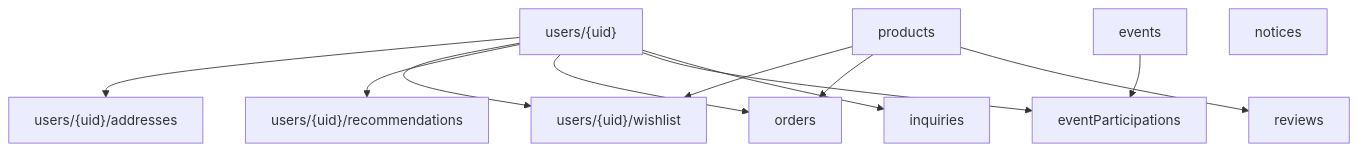
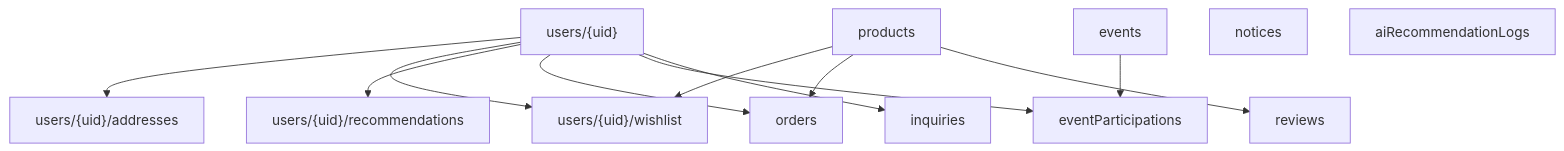
One commit to jiwoo1012/TeamProject2 changed the fourth of 6 diagrams in README.md. Above: the diagram before and after it, drawn with Mermaid. The commit also changed other lines of this file and 1 other file, not shown here.

````diff
--- a/README.md
+++ b/README.md
@@ -279,30 +283,31 @@
 ```mermaid
 flowchart TB
     U["users/{uid}"]
     ADDR["users/{uid}/addresses"]
     WISH["users/{uid}/wishlist"]
     REC["users/{uid}/recommendations"]
 
     ORD["orders"]
     PROD["products"]
     REV["reviews"]
     EVT["events"]
     PART["eventParticipations"]
     NOTI["notices"]
     INQ["inquiries"]
+    AILOG["aiRecommendationLogs"]
 
     U --> ADDR
     U --> WISH
     U --> REC
     U --> ORD
 
     PROD --> WISH
     PROD --> ORD
     PROD --> REV
 
     EVT --> PART
     U --> PART
 
     U --> INQ
     NOTI
 ```
````
